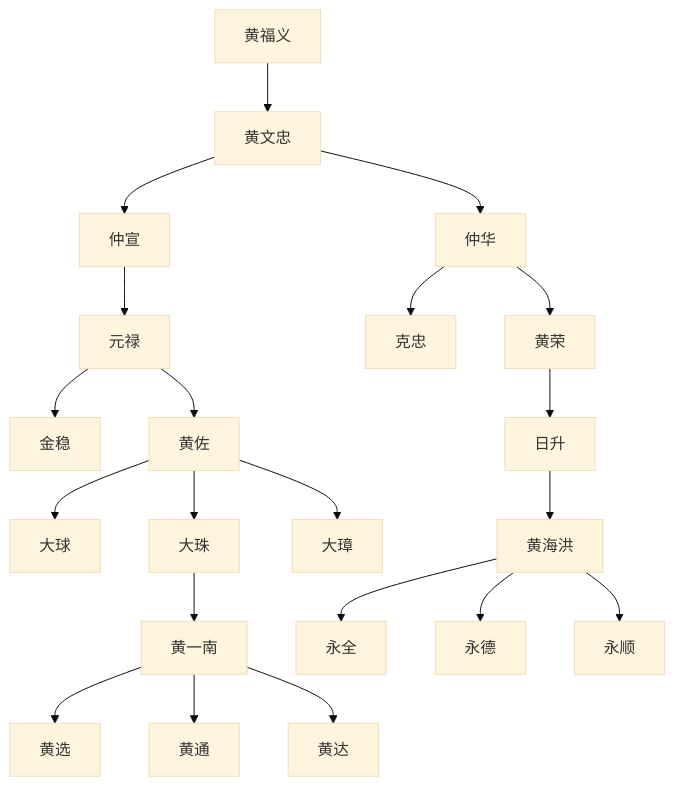
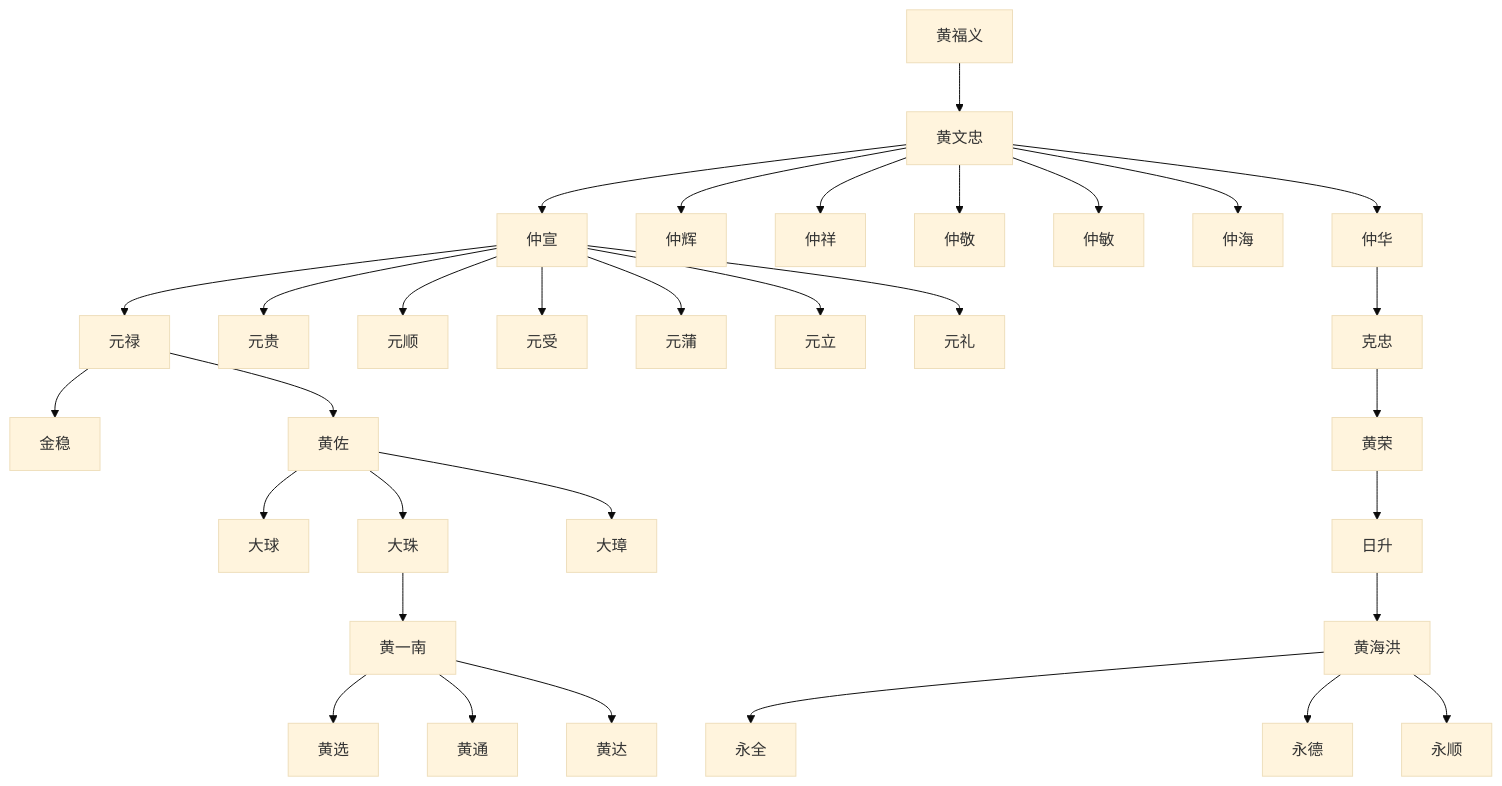
The diagram in contents/chapter2.md (jeanim/jiapu), drawn with Mermaid (base theme) before and after one commit.

```diff
--- a/contents/chapter2.md
+++ b/contents/chapter2.md
@@ -5,23 +5,34 @@
 {% mermaid %}
 graph TB;
   huangfuyi["黄福义"]-->huangwenzhong["黄文忠"];
   huangwenzhong["黄文忠"]-->zhongxuan["仲宣"];
+  huangwenzhong["黄文忠"]-->zhonghui["仲辉"];
+  huangwenzhong["黄文忠"]-->zhongxiang["仲祥"];
+  huangwenzhong["黄文忠"]-->zhongjing["仲敬"];
+  huangwenzhong["黄文忠"]-->zhongmin["仲敏"];
+  huangwenzhong["黄文忠"]-->zhonghai["仲海"];  
   zhongxuan["仲宣"]-->yuanlu["元禄"];
+  zhongxuan["仲宣"]-->yuangui["元贵"];
+  zhongxuan["仲宣"]-->yuanshun["元顺"];
+  zhongxuan["仲宣"]-->yuanshou["元受"];
+  zhongxuan["仲宣"]-->yuanpu["元蒲"];
+  zhongxuan["仲宣"]-->yuanli["元立"];
+  zhongxuan["仲宣"]-->yuanli2["元礼"];
   yuanlu["元禄"]-->jingwen["金稳"];
   yuanlu["元禄"]-->huangzuo["黄佐"];
   huangzuo["黄佐"]-->daqiu["大球"];
   huangzuo["黄佐"]-->dazhu["大珠"];
   dazhu["大珠"]-->huangyinan["黄一南"];
   huangyinan["黄一南"]-->huangxuan["黄选"];
   huangyinan["黄一南"]-->huangtong["黄通"];
-  huangyinan["黄一南"]-->huangda["黄达"];
+  huangyinan["黄一南"]-->huangda["黄达"];  
   huangzuo["黄佐"]-->dazhang["大璋"];
   huangwenzhong["黄文忠"]-->zhonghua["仲华"];
   zhonghua["仲华"]-->kezhong["克忠"];
-  zhonghua["仲华"]-->huangrong["黄荣"];
+  kezhong["克忠"]-->huangrong["黄荣"];
   huangrong["黄荣"]-->risheng["日升"];
   risheng["日升"]-->huanghaihong["黄海洪"];
   huanghaihong["黄海洪"]-->yongquan["永全"];
   huanghaihong["黄海洪"]-->yongde["永德"];
   huanghaihong["黄海洪"]-->yongshun["永顺"];  
 {% endmermaid %}
```
